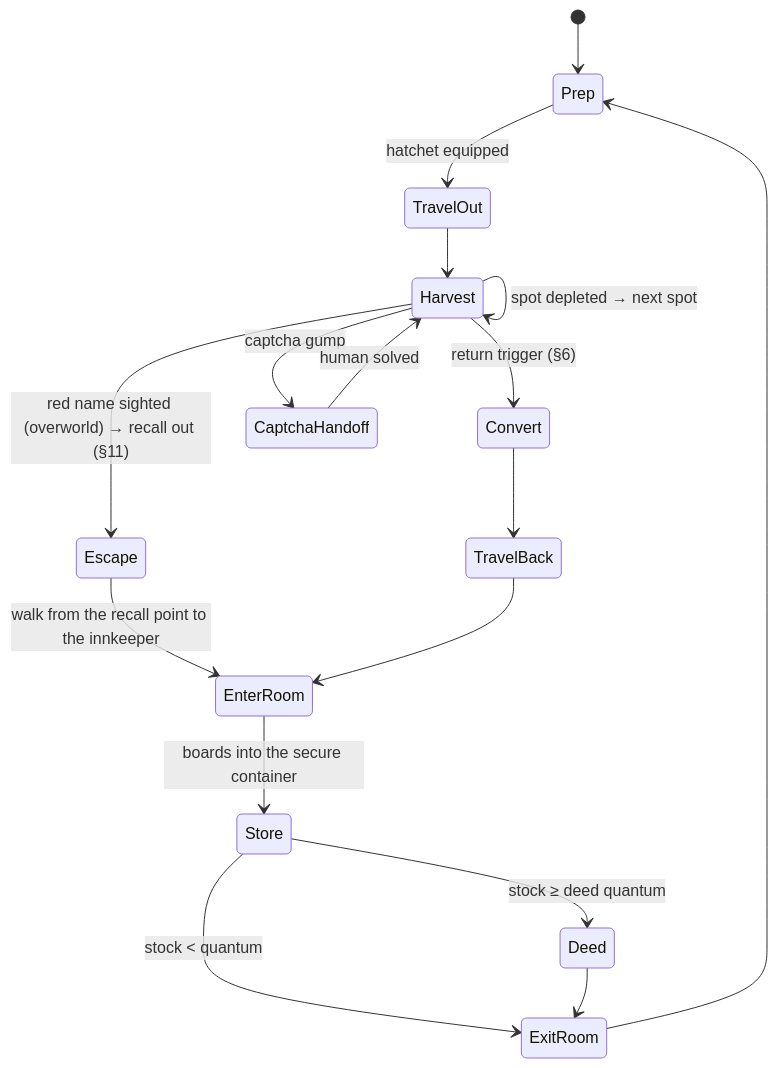
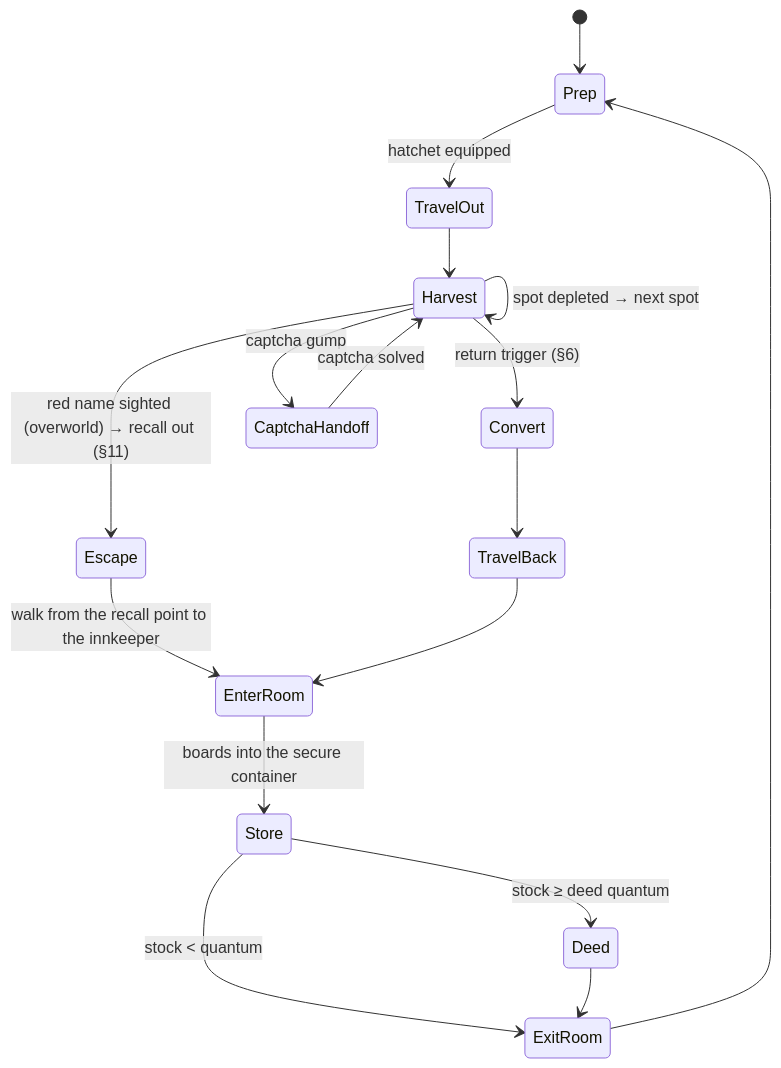
The diagram in docs/LUMBER_LOOP.md (chriskite/uo-harness), drawn with Mermaid before and after one commit. The commit also changed other lines of this file and 27 other files, not shown here.

````diff
--- a/docs/LUMBER_LOOP.md
+++ b/docs/LUMBER_LOOP.md
@@ -67,19 +68,19 @@
 ```mermaid
 stateDiagram-v2
   [*] --> Prep
   Prep --> TravelOut: hatchet equipped
   TravelOut --> Harvest
   Harvest --> Harvest: spot depleted → next spot
   Harvest --> Convert: return trigger (§6)
   Harvest --> Escape: red name sighted (overworld) → recall out (§11)
   Escape --> EnterRoom: walk from the recall point to the innkeeper
   Convert --> TravelBack
   TravelBack --> EnterRoom
   EnterRoom --> Store: boards into the secure container
   Store --> Deed: stock ≥ deed quantum
   Store --> ExitRoom: stock < quantum
   Deed --> ExitRoom
   ExitRoom --> Prep
   Harvest --> CaptchaHandoff: captcha gump
-  CaptchaHandoff --> Harvest: human solved
+  CaptchaHandoff --> Harvest: captcha solved
 ```
````
